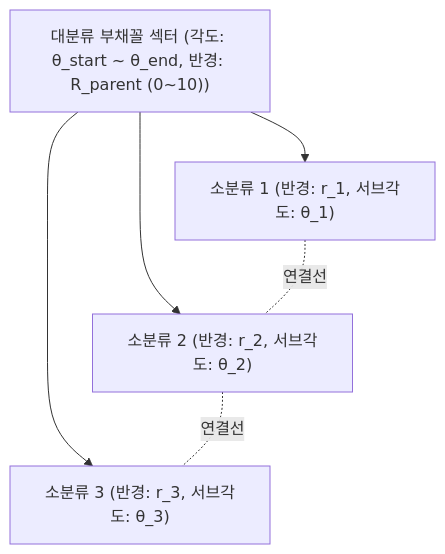
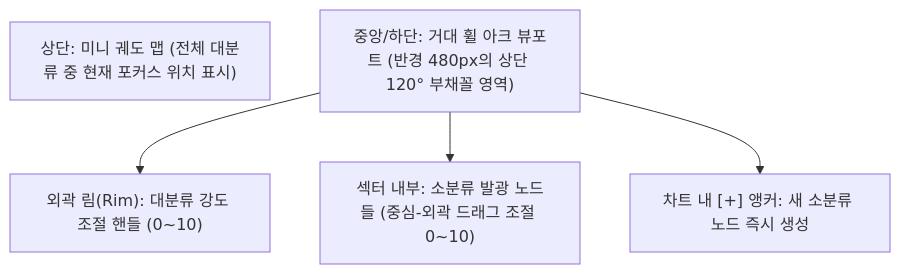
One commit to chanhooop/FlavorWheel changed the first of 4 diagrams in README.md. Above: the diagram before and after it, drawn with Mermaid. The commit also changed other lines of this file and 1 other file, not shown here.

Commit message:
feat: 줌인 거대 휠 아크(Zoomed Arc) 뷰포트 및 100% 인차트 직접 조작, 관성 회전 네비게이션 구현

````diff
--- a/README.md
+++ b/README.md
@@ -62,10 +49,9 @@
 ```mermaid
 graph TD
-    Sector["대분류 부채꼴 섹터 (각도: θ_start ~ θ_end, 반경: R_parent (0~10))"]
-    Sector --> SubNode1["소분류 1 (반경: r_1, 서브각도: θ_1)"]
-    Sector --> SubNode2["소분류 2 (반경: r_2, 서브각도: θ_2)"]
-    Sector --> SubNode3["소분류 3 (반경: r_3, 서브각도: θ_3)"]
+    MiniMap["상단: 미니 궤도 맵 (전체 대분류 중 현재 포커스 위치 표시)"]
+    ZoomedArc["중앙/하단: 거대 휠 아크 뷰포트 (반경 480px의 상단 120° 부채꼴 영역)"]
     
-    SubNode1 -. 연결선 .- SubNode2
-    SubNode2 -. 연결선 .- SubNode3
+    ZoomedArc --> OuterRim["외곽 림(Rim): 대분류 강도 조절 핸들 (0~10)"]
+    ZoomedArc --> SectorInterior["섹터 내부: 소분류 발광 노드들 (중심-외곽 드래그 조절 0~10)"]
+    ZoomedArc --> AddNodeAnchor["차트 내 [+] 앵커: 새 소분류 노드 즉시 생성"]
 ```
````
